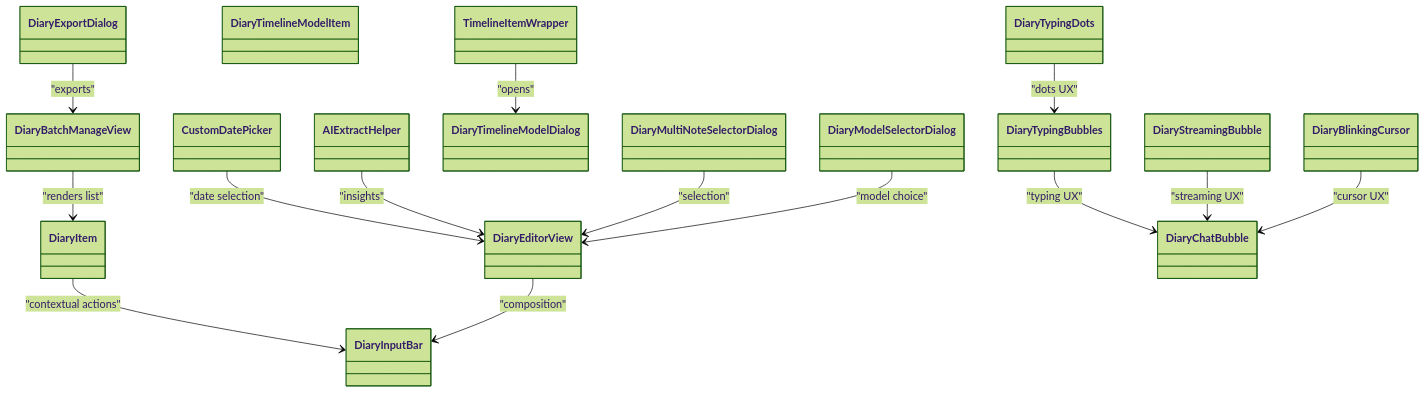
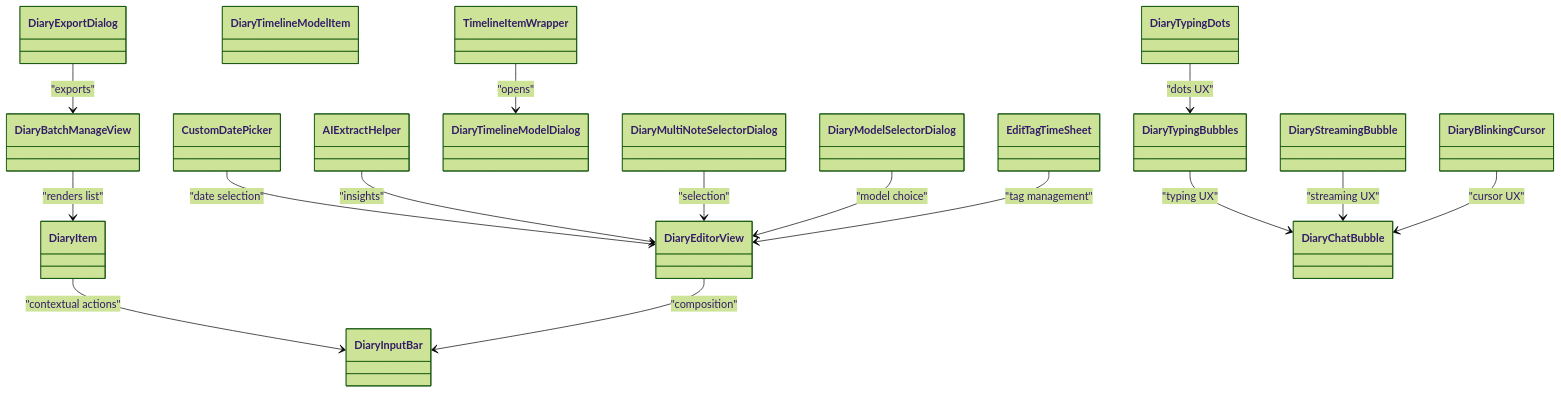
Before and after one commit to favoroo/QNote: the third of 4 diagrams in .qoder/repowiki/en/content/UI Components and Pages/Reusable UI Components.md, drawn with Mermaid (forest theme). The commit also changed other lines of this file and 114 other files, not shown here.

````diff
--- a/.qoder/repowiki/en/content/UI Components and Pages/Reusable UI Components.md
+++ b/.qoder/repowiki/en/content/UI Components and Pages/Reusable UI Components.md
@@ -342,33 +345,35 @@
 ```mermaid
 classDiagram
 class DiaryEditorView
 class DiaryBatchManageView
 class DiaryItem
 class DiaryInputBar
 class CustomDatePicker
 class AIExtractHelper
 class TimelineItemWrapper
 class DiaryTimelineModelDialog
 class DiaryTimelineModelItem
 class DiaryMultiNoteSelectorDialog
 class DiaryModelSelectorDialog
 class DiaryExportDialog
 class DiaryTypingBubbles
 class DiaryChatBubble
 class DiaryStreamingBubble
 class DiaryBlinkingCursor
 class DiaryTypingDots
+class EditTagTimeSheet
 DiaryItem --> DiaryInputBar : "contextual actions"
 DiaryEditorView --> DiaryInputBar : "composition"
 DiaryBatchManageView --> DiaryItem : "renders list"
 CustomDatePicker --> DiaryEditorView : "date selection"
 AIExtractHelper --> DiaryEditorView : "insights"
 TimelineItemWrapper --> DiaryTimelineModelDialog : "opens"
 DiaryMultiNoteSelectorDialog --> DiaryEditorView : "selection"
 DiaryModelSelectorDialog --> DiaryEditorView : "model choice"
 DiaryExportDialog --> DiaryBatchManageView : "exports"
 DiaryTypingBubbles --> DiaryChatBubble : "typing UX"
 DiaryStreamingBubble --> DiaryChatBubble : "streaming UX"
 DiaryBlinkingCursor --> DiaryChatBubble : "cursor UX"
 DiaryTypingDots --> DiaryTypingBubbles : "dots UX"
+EditTagTimeSheet --> DiaryEditorView : "tag management"
 ```
````
